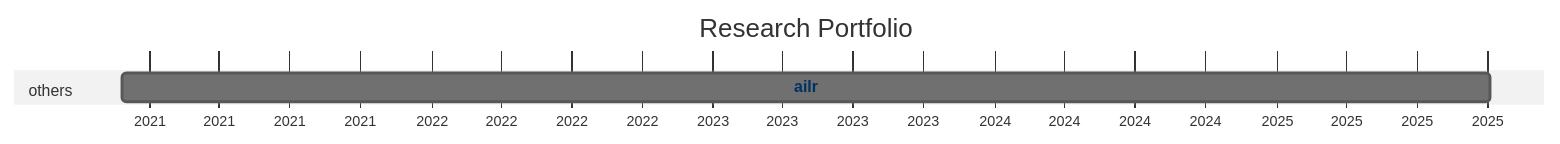
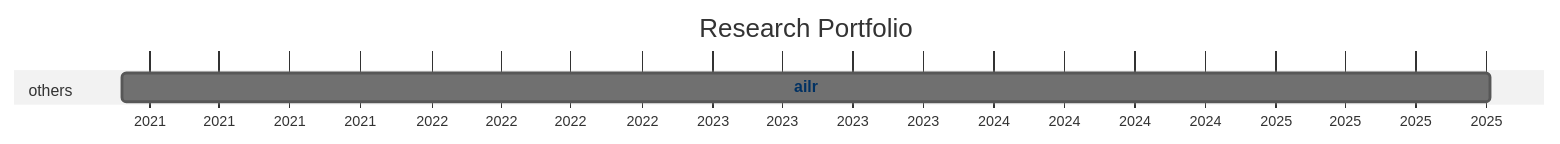
The diagram in docs/20-research/25-projects-gantt.md (digital-work-lab/handbook), drawn with Mermaid (neutral theme) before and after one commit. The commit also changed 1 other file, not shown here.

Commit message:
Update repository overview

````diff
--- a/docs/20-research/25-projects-gantt.md
+++ b/docs/20-research/25-projects-gantt.md
@@ -8,21 +8,21 @@
 ```mermaid
 ---
 displayMode: compact
 ---
 gantt
 title Research Portfolio
 dateFormat YYYY-MM-DD
 axisFormat %Y
 
     section work_practices
 
     section distributed_organizing
 
     section knowledge_synthesis
 
     section others
-        ailr :ailr, 2020-11-26, 2025-10-05
+        ailr :ailr, 2020-11-26, 2025-10-06
 
 
     click ailr href "{{ site.baseurl }}/docs/10-lab/18-resources/ailr.html"
 ```
````
